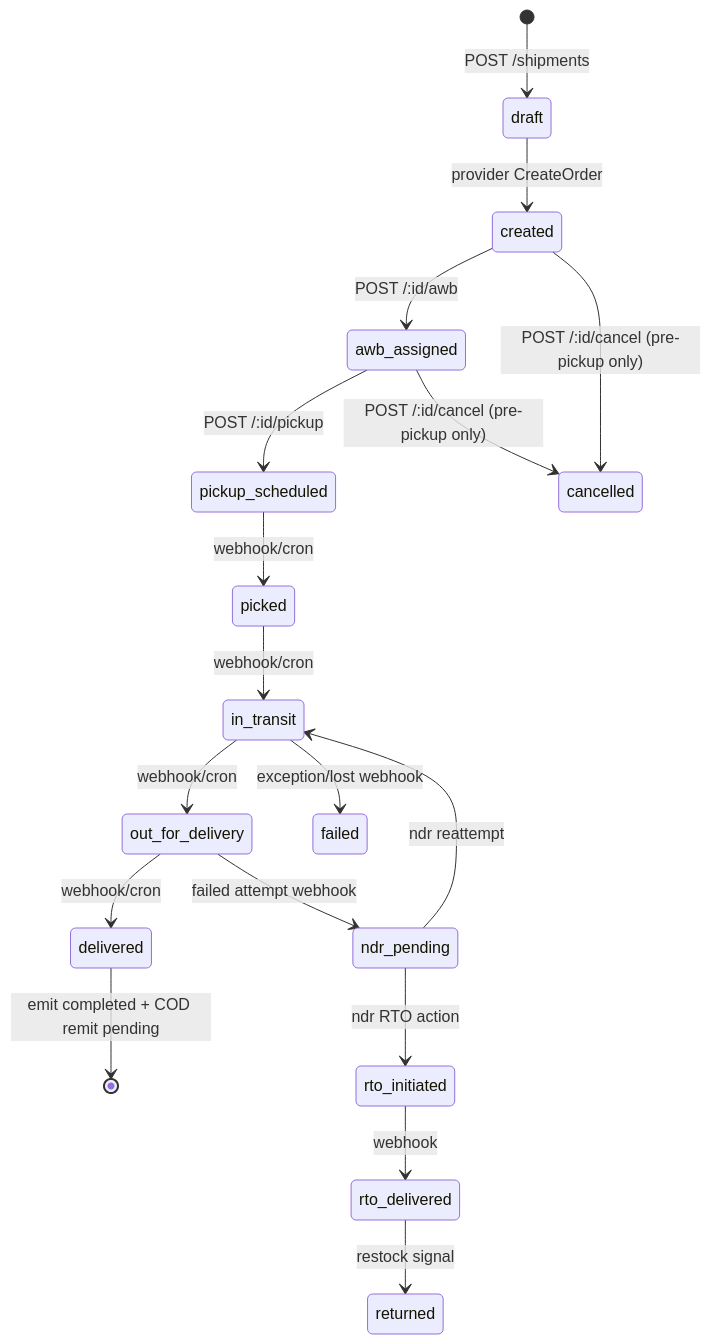
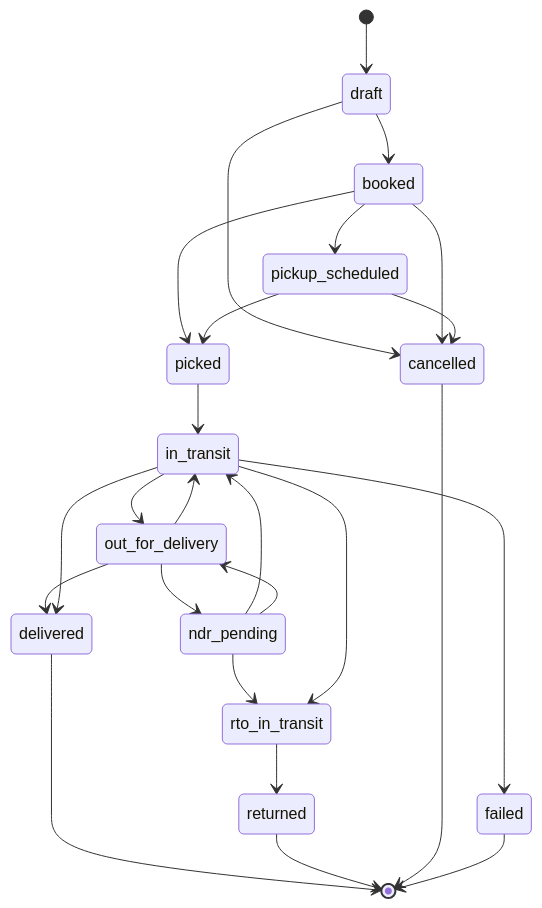
Before and after one commit to Zatu-ecom/ecommerce-be: the second of 5 diagrams in specs/013-courier-fulfillment-platform/data-model.md, drawn with Mermaid. The commit also changed other lines of this file and 1 other file, not shown here.

````diff
--- a/specs/013-courier-fulfillment-platform/data-model.md
+++ b/specs/013-courier-fulfillment-platform/data-model.md
@@ -44,20 +67,27 @@
 ```mermaid
 stateDiagram-v2
-    [*] --> draft : POST /shipments
-    draft --> created : provider CreateOrder
-    created --> awb_assigned : POST /:id/awb
-    awb_assigned --> pickup_scheduled : POST /:id/pickup
-    pickup_scheduled --> picked : webhook/cron
-    picked --> in_transit : webhook/cron
-    in_transit --> out_for_delivery : webhook/cron
-    out_for_delivery --> delivered : webhook/cron
-    out_for_delivery --> ndr_pending : failed attempt webhook
-    ndr_pending --> in_transit : ndr reattempt
-    ndr_pending --> rto_initiated : ndr RTO action
-    rto_initiated --> rto_delivered : webhook
-    rto_delivered --> returned : restock signal
-    in_transit --> failed : exception/lost webhook
-    created --> cancelled : POST /:id/cancel (pre-pickup only)
-    awb_assigned --> cancelled : POST /:id/cancel (pre-pickup only)
-    delivered --> [*] : emit completed + COD remit pending
+    [*] --> draft
+    draft --> booked
+    draft --> cancelled
+    booked --> pickup_scheduled
+    booked --> picked
+    booked --> cancelled
+    pickup_scheduled --> picked
+    pickup_scheduled --> cancelled
+    picked --> in_transit
+    in_transit --> out_for_delivery
+    out_for_delivery --> in_transit
+    out_for_delivery --> ndr_pending
+    ndr_pending --> in_transit
+    ndr_pending --> out_for_delivery
+    ndr_pending --> rto_in_transit
+    in_transit --> rto_in_transit
+    out_for_delivery --> delivered
+    in_transit --> delivered
+    rto_in_transit --> returned
+    in_transit --> failed
+    delivered --> [*]
+    returned --> [*]
+    cancelled --> [*]
+    failed --> [*]
 ```
````
